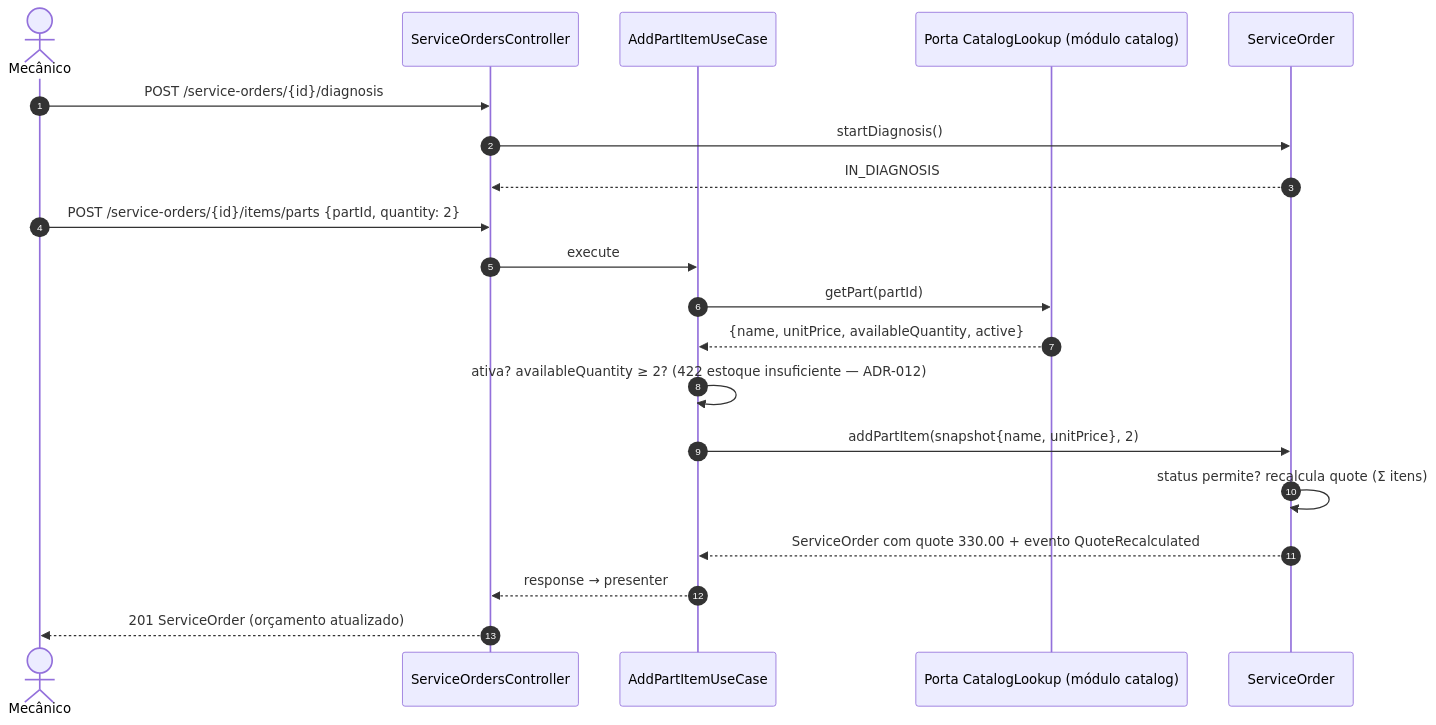
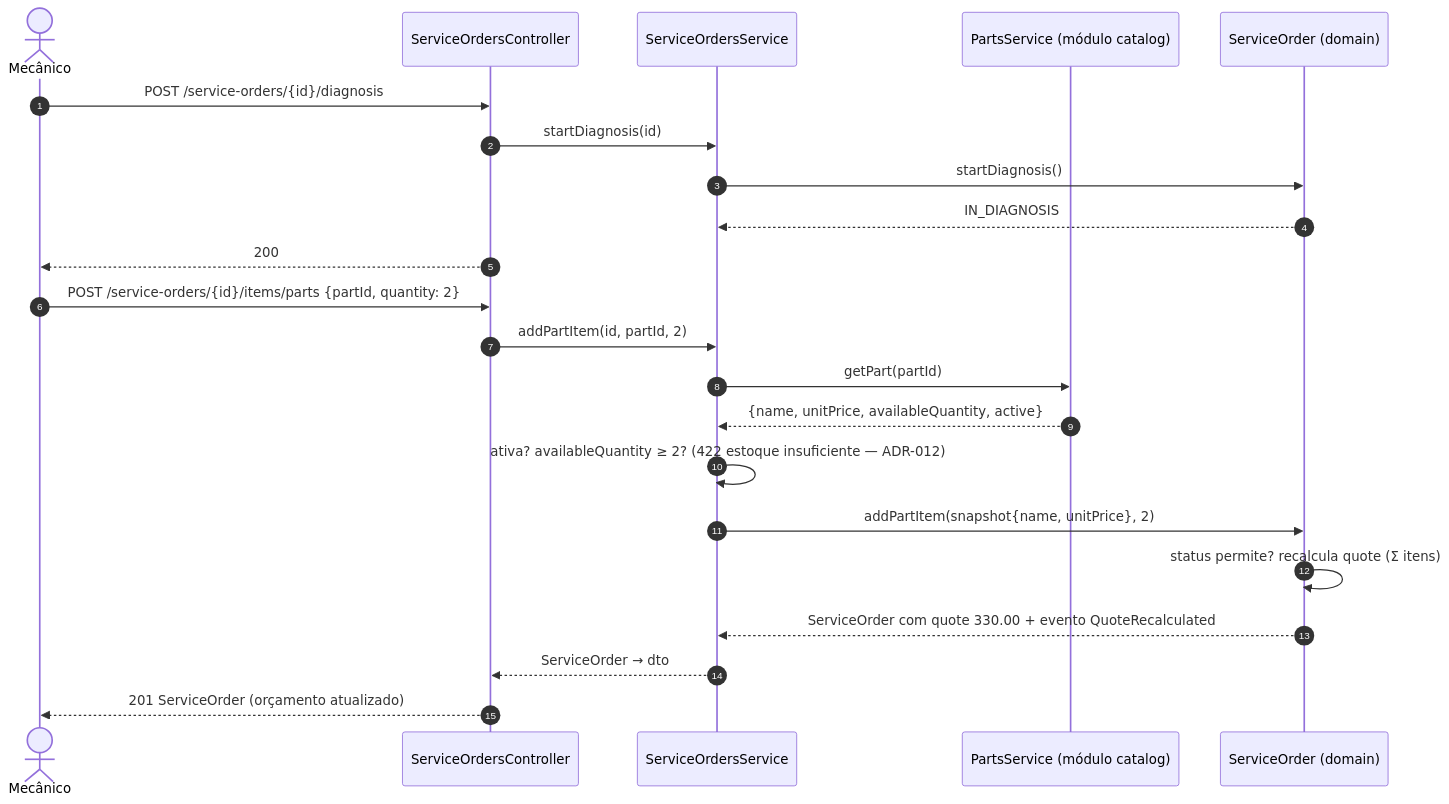
One commit to HermandoThiago/FIAP-SOAT changed the second of 6 diagrams in docs/04-arquitetura/fluxos.md. Above: the diagram before and after it, drawn with Mermaid. The commit also changed other lines of this file and 57 other files, not shown here.

````diff
--- a/docs/04-arquitetura/fluxos.md
+++ b/docs/04-arquitetura/fluxos.md
@@ -35,22 +35,24 @@
 ```mermaid
 sequenceDiagram
     autonumber
     actor Me as Mecânico
     participant API as ServiceOrdersController
-    participant UC as AddPartItemUseCase
-    participant CAT as Porta CatalogLookup (módulo catalog)
-    participant OS as ServiceOrder
+    participant SOS as ServiceOrdersService
+    participant PRT as PartsService (módulo catalog)
+    participant OS as ServiceOrder (domain)
     Me->>API: POST /service-orders/{id}/diagnosis
-    API->>OS: startDiagnosis()
-    OS-->>API: IN_DIAGNOSIS
+    API->>SOS: startDiagnosis(id)
+    SOS->>OS: startDiagnosis()
+    OS-->>SOS: IN_DIAGNOSIS
+    API-->>Me: 200
     Me->>API: POST /service-orders/{id}/items/parts {partId, quantity: 2}
-    API->>UC: execute
-    UC->>CAT: getPart(partId)
-    CAT-->>UC: {name, unitPrice, availableQuantity, active}
-    UC->>UC: ativa? availableQuantity ≥ 2? (422 estoque insuficiente — ADR-012)
-    UC->>OS: addPartItem(snapshot{name, unitPrice}, 2)
+    API->>SOS: addPartItem(id, partId, 2)
+    SOS->>PRT: getPart(partId)
+    PRT-->>SOS: {name, unitPrice, availableQuantity, active}
+    SOS->>SOS: ativa? availableQuantity ≥ 2? (422 estoque insuficiente — ADR-012)
+    SOS->>OS: addPartItem(snapshot{name, unitPrice}, 2)
     OS->>OS: status permite? recalcula quote (Σ itens)
-    OS-->>UC: ServiceOrder com quote 330.00 + evento QuoteRecalculated
-    UC-->>API: response → presenter
+    OS-->>SOS: ServiceOrder com quote 330.00 + evento QuoteRecalculated
+    SOS-->>API: ServiceOrder → dto
     API-->>Me: 201 ServiceOrder (orçamento atualizado)
 ```
````
